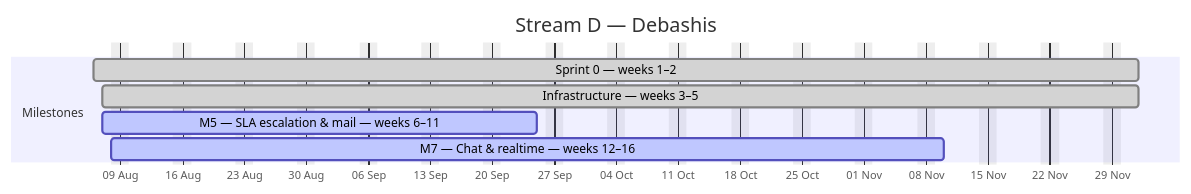
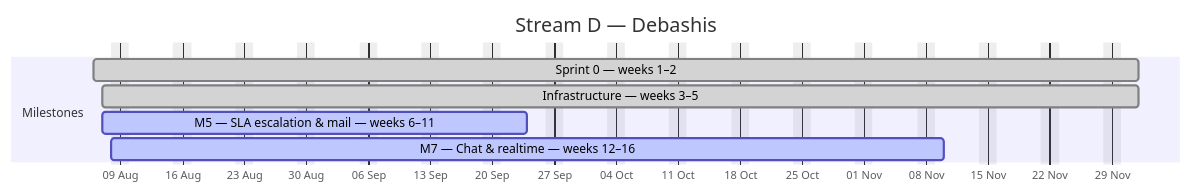
Before and after one commit to debashisedunext/EduTrack: the fourth of 4 diagrams in docs/plan/GANTT.md, drawn with Mermaid. The commit also changed other lines of this file and 2 other files, not shown here.

````diff
--- a/docs/plan/GANTT.md
+++ b/docs/plan/GANTT.md
@@ -168,12 +167,12 @@
 ```mermaid
 gantt
     dateFormat YYYY-MM-DD
     axisFormat %d %b
     title Stream D — Debashis
     excludes weekends
     section Milestones
     Sprint 0 — weeks 1–2 :done, d0, 2026-08-06, 84d
     Infrastructure — weeks 3–5 :done, d1, 2026-08-07, 83d
-    M5 — SLA  escalation & mail — weeks 6–11 :active, d2, 2026-08-07, 35d
+    M5 — SLA  escalation & mail — weeks 6–11 :active, d2, 2026-08-07, 34d
     M7 — Chat & realtime — weeks 12–16 :active, d3, 2026-08-08, 67d
 ```
````
